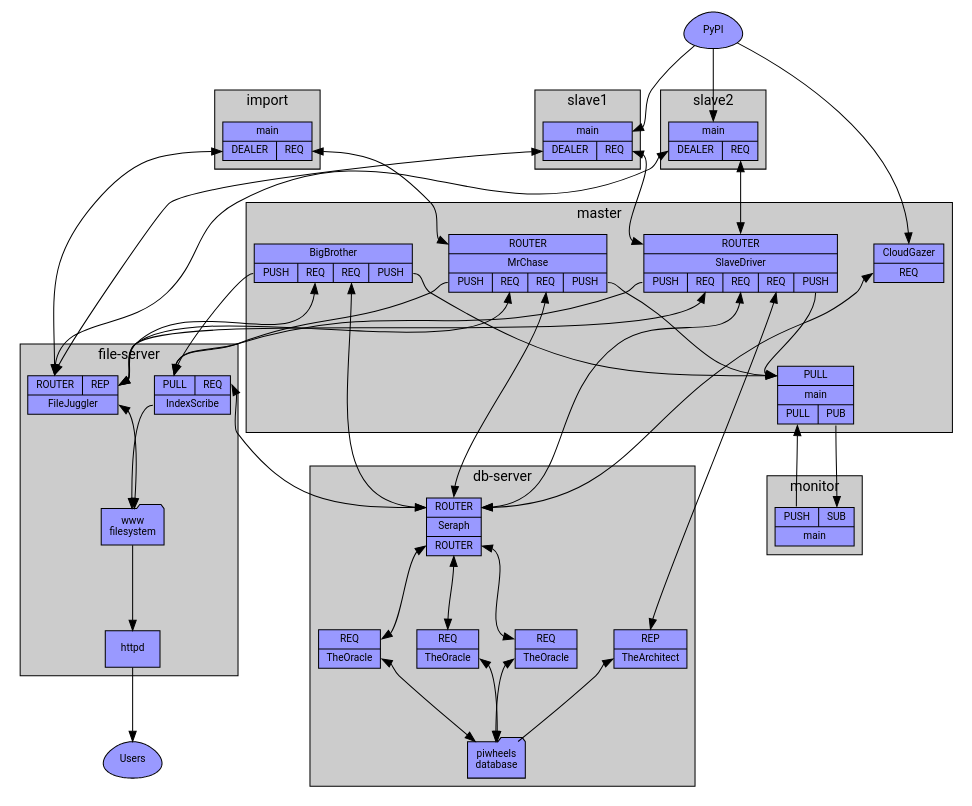
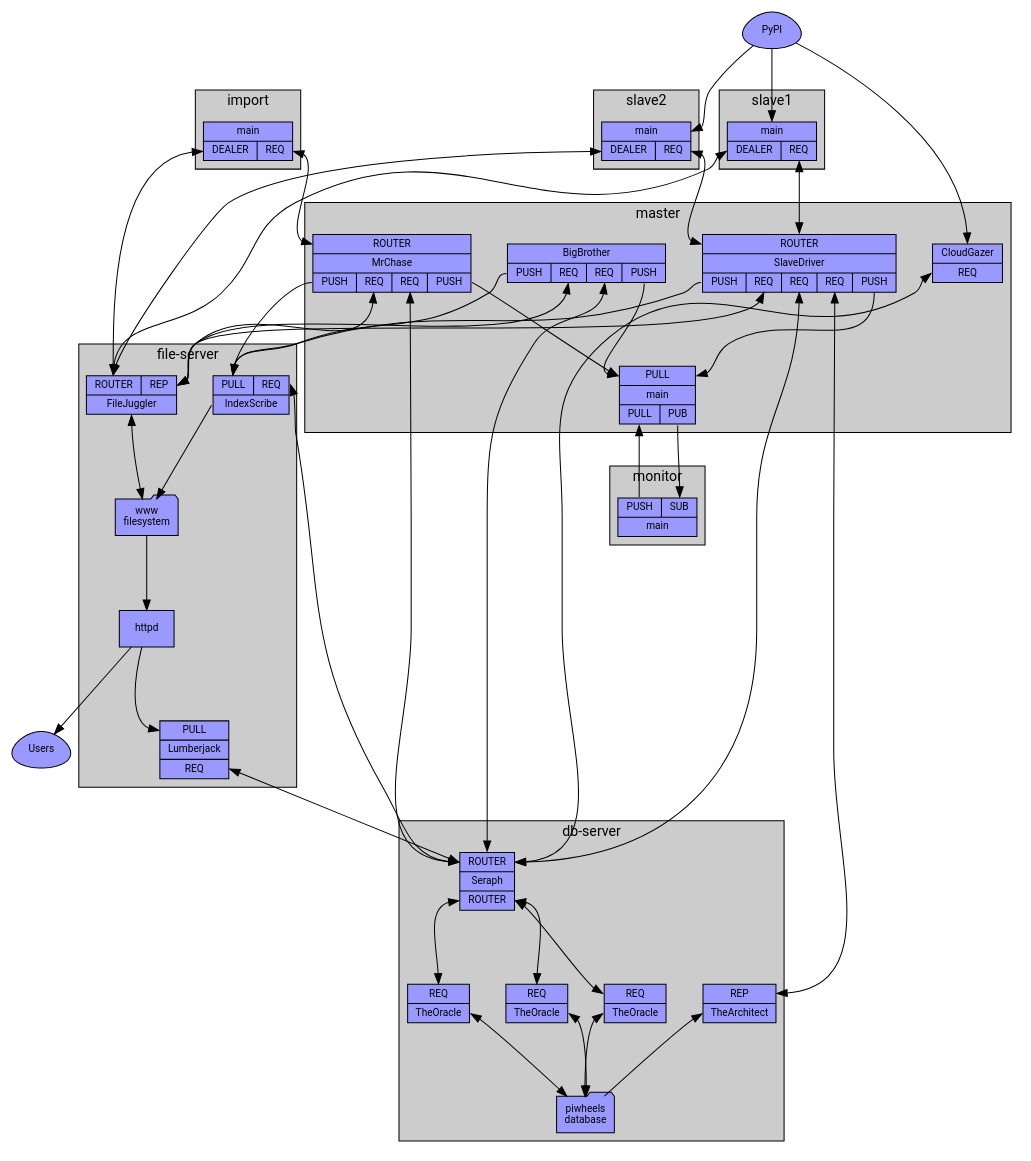
One commit to piwheels/piwheels changed the diagram in docs/master_arch.dot. Above: the diagram before and after it, drawn with Graphviz. The commit also changed 13 other files, not shown here.

```diff
--- a/docs/master_arch.dot
+++ b/docs/master_arch.dot
@@ -1,101 +1,104 @@
 digraph piwheels {
     graph [nodesep=0.5, ranksep=1, style=filled, fontname=Roboto, fontsize=14, fillcolor="#cccccc"];
     node [shape=record, fontname=Roboto, fontsize=10, style=filled, fillcolor="#9999ff", penwidth=1];
     edge [fontname=Sans, fontsize=8];
 
     PyPI [label="PyPI", shape=egg];
     Users [label="Users", shape=egg];
 
     subgraph cluster_db_server {
         graph [label="db-server"];
 
         TheOracle1 [label="{<Seraph>REQ|<t>TheOracle}"];
         TheOracle2 [label="{<Seraph>REQ|<t>TheOracle}"];
         TheOracle3 [label="{<Seraph>REQ|<t>TheOracle}"];
         TheArchitect [label="{<builds>REP|<t>TheArchitect}"];
         Seraph [label="{<db>ROUTER|<t>Seraph|<oracle>ROUTER}"];
         db [label="piwheels\ndatabase", shape=folder];
 
         Seraph:oracle->TheOracle1:Seraph [dir=both];
         Seraph:oracle->TheOracle2:Seraph [dir=both];
         Seraph:oracle->TheOracle3:Seraph [dir=both];
         TheOracle1:t->db [dir=both];
         TheOracle2:t->db [dir=both];
         TheOracle3:t->db [dir=both];
         TheArchitect:t->db [dir=back];
     }
 
     subgraph cluster_file_server {
         graph [label="file-server"];
 
         FileJuggler [label="{{<slaves>ROUTER|<fs>REP}|<t>FileJuggler}"];
         IndexScribe [label="{{<indexes>PULL|<db>REQ}|<t>IndexScribe}"];
+        Lumberjack [label="{<logs>PULL|<t>Lumberjack|<db>REQ}"];
         fs [label="www\nfilesystem", shape=folder];
         httpd;
 
         IndexScribe:t->fs;
         FileJuggler:t->fs [dir=both];
         fs->httpd;
+        httpd->Lumberjack:logs;
     }
 
     subgraph cluster_master {
         graph [label="master"];
 
         CloudGazer [label="{<t>CloudGazer|<db>REQ}"];
         main [label="{{<int_status>PULL}|main|{<control>PULL|<ext_status>PUB}}"];
         BigBrother [label="{<t>BigBrother|{<indexes>PUSH|<fs>REQ|<db>REQ|<int_status>PUSH}}"];
         SlaveDriver [label="{{<slaves>ROUTER}|<t>SlaveDriver|{<indexes>PUSH|<fs>REQ|<db>REQ|<builds>REQ|<int_status>PUSH}}"];
         MrChase [label="{<imports>ROUTER|<t>MrChase|{<indexes>PUSH|<fs>REQ|<db>REQ|<int_status>PUSH}}"];
 
         BigBrother:int_status->main:int_status;
         SlaveDriver:int_status->main:int_status;
         MrChase:int_status->main:int_status;
     }
 
     subgraph cluster_monitor {
         graph [label="monitor"];
         monitor [label="{{<control>PUSH|<status>SUB}|<t>main}"];
     }
 
     subgraph cluster_slave1 {
         graph [label="slave1"];
         Slave1 [label="{<t>main|{<files>DEALER|<builds>REQ}}"];
     }
 
     subgraph cluster_slave2 {
         graph [label="slave2"];
         Slave2 [label="{<t>main|{<files>DEALER|<builds>REQ}}"];
     }
 
     subgraph cluster_import {
         graph [label="import"];
         Import [label="{<t>main|{<files>DEALER|<imports>REQ}}"];
     }
 
 
     PyPI->CloudGazer:t;
     PyPI->Slave1:t;
     PyPI->Slave2:t;
     Slave1:builds->SlaveDriver:slaves [dir=both];
     Slave2:builds->SlaveDriver:slaves [dir=both];
     Slave1:files->FileJuggler:slaves [dir=both];
     Slave2:files->FileJuggler:slaves [dir=both];
     Import:imports->MrChase:imports [dir=both];
     Import:files->FileJuggler:slaves [dir=both];
     main:ext_status->monitor:status;
     monitor:control->main:control;
 
     CloudGazer:db->Seraph:db [dir=both];
     BigBrother:indexes->IndexScribe:indexes;
     SlaveDriver:indexes->IndexScribe:indexes;
     MrChase:indexes->IndexScribe:indexes;
     IndexScribe:db->Seraph:db [dir=both];
     BigBrother:db->Seraph:db [dir=both];
     BigBrother:fs->FileJuggler:fs [dir=both];
     SlaveDriver:fs->FileJuggler:fs [dir=both];
     SlaveDriver:db->Seraph:db [dir=both];
     SlaveDriver:builds->TheArchitect:builds [dir=both];
     MrChase:fs->FileJuggler:fs [dir=both];
     MrChase:db->Seraph:db [dir=both];
+    Lumberjack:db->Seraph:db [dir=both];
     httpd->Users;
 }
```
